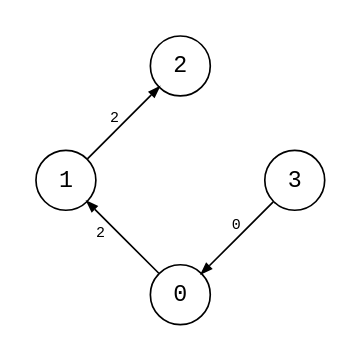
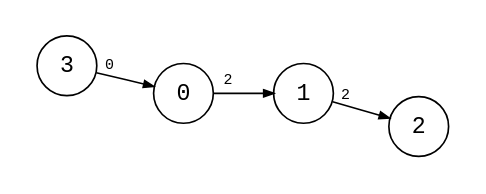
The diagram in src/kattis_shortestpath1.dot (bsdrks/graaf-images), drawn with Graphviz before and after one commit. The commit also changed 50 other files, not shown here.

```diff
--- a/src/kattis_shortestpath1.dot
+++ b/src/kattis_shortestpath1.dot
@@ -1,11 +1,33 @@
 digraph {
     node [shape=circle, fontname="monospace"];
     edge [arrowsize=0.6, fontname="monospace", fontsize=9];
-    layout=circo;
+    layout=neato;
+    maxiter=300000;
+    normalize=true;
+    mode="sgd";
     pad=0.2;
 
-    0 -> {1} [label="    2  "];
-    1 -> {2} [label="2"];
-    3 -> {0} [label="0"];
-    2 -> {3} [style=invis];
+    0 -> {1} [label=<
+        <table border="0" cellborder="0" cellspacing="1">
+            <tr>
+                <td>2</td>
+            </tr>
+        </table>
+    >];
+
+    1 -> {2} [label=<
+        <table border="0" cellborder="0" cellspacing="1">
+            <tr>
+                <td>2</td>
+            </tr>
+        </table>
+    >];
+
+    3 -> {0} [label=<
+        <table border="0" cellborder="0" cellspacing="1">
+            <tr>
+                <td>0</td>
+            </tr>
+        </table>
+    >];
 }
```
